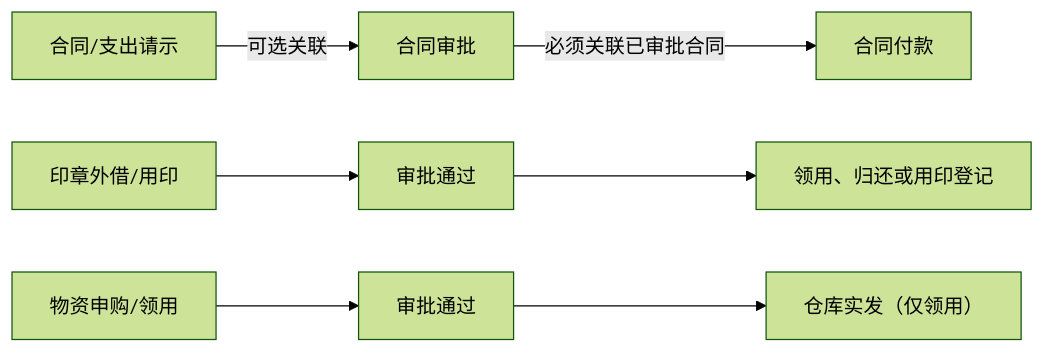
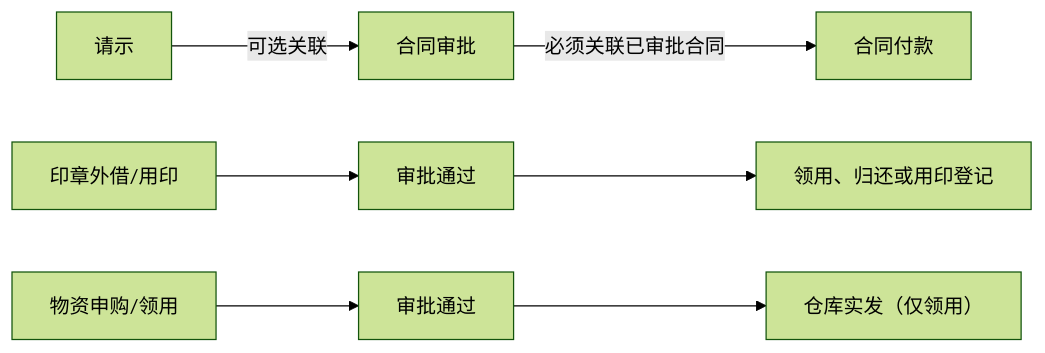
Before and after one commit to yiting001/oa-hotel-v1: the second of 3 diagrams in docs/user-guide/oa-operation-manual.md, drawn with Mermaid (forest theme). The commit also changed other lines of this file and 200 other files, not shown here.

````diff
--- a/docs/user-guide/oa-operation-manual.md
+++ b/docs/user-guide/oa-operation-manual.md
@@ -161,9 +196,9 @@
 ```mermaid
 flowchart LR
-  Request["合同/支出请示"] -->|"可选关联"| Contract["合同审批"]
+  Request["请示"] -->|"可选关联"| Contract["合同审批"]
   Contract -->|"必须关联已审批合同"| Payment["合同付款"]
   SealRequest["印章外借/用印"] --> SealApproval["审批通过"]
   SealApproval --> SealExecute["领用、归还或用印登记"]
   SupplyRequest["物资申购/领用"] --> SupplyApproval["审批通过"]
   SupplyApproval --> SupplyIssue["仓库实发（仅领用）"]
 ```
````
